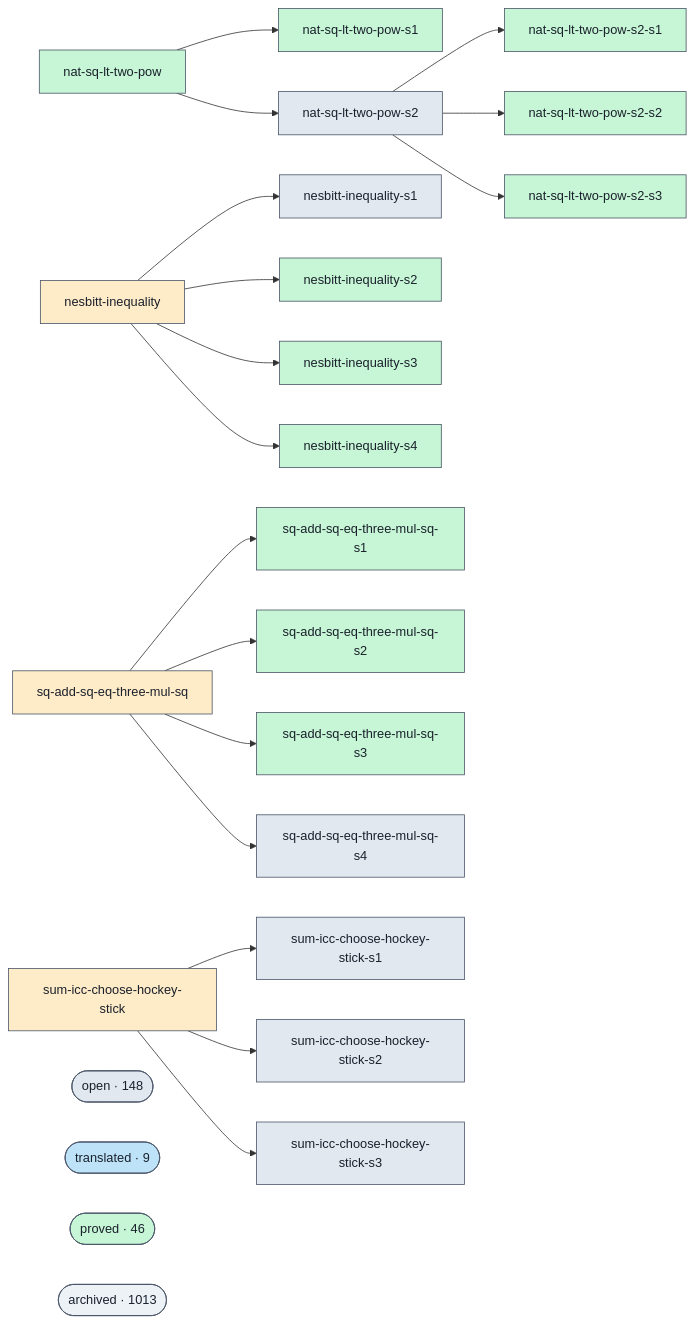
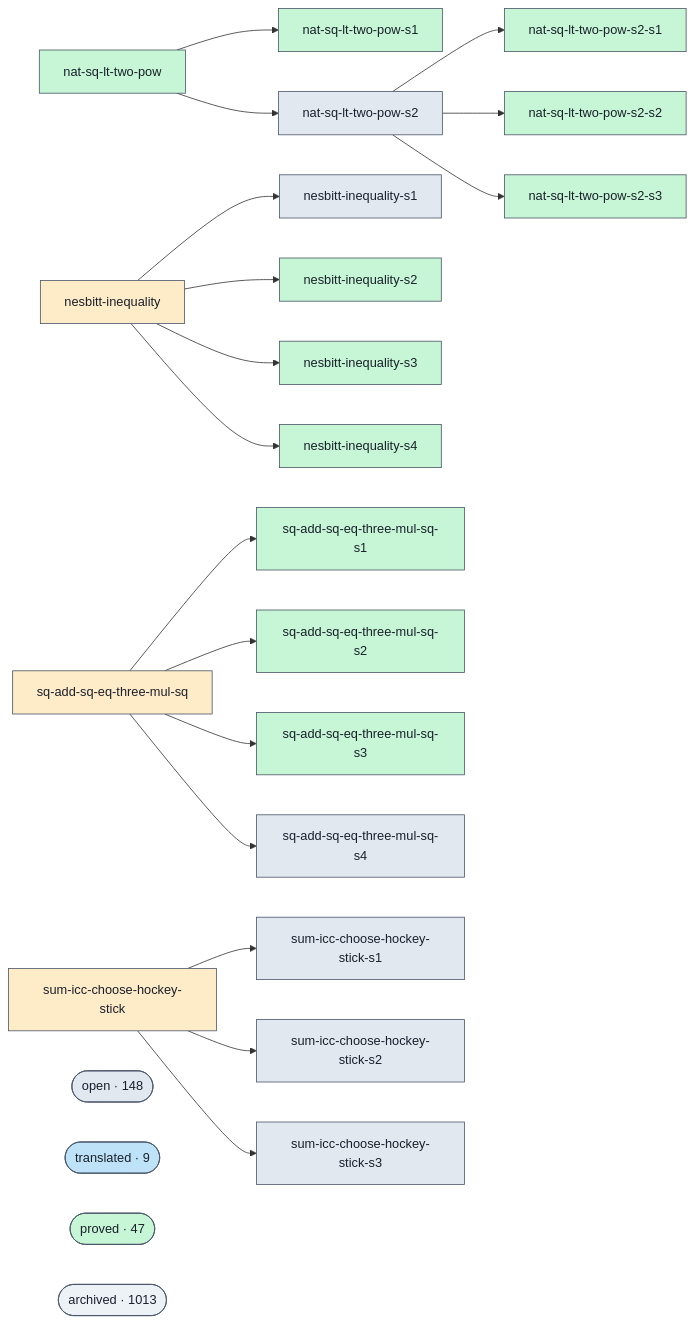
Before and after one commit to Rauxon/unsorry: the diagram in docs/proofs-contributors-visualisation.md, drawn with Mermaid. The commit also changed other lines of this file and 2 other files, not shown here.

```diff
--- a/docs/proofs-contributors-visualisation.md
+++ b/docs/proofs-contributors-visualisation.md
@@ -102,7 +102,7 @@
   class cluster_open open;
   cluster_translated(["translated · 9"])
   class cluster_translated translated;
-  cluster_proved(["proved · 46"])
+  cluster_proved(["proved · 47"])
   class cluster_proved proved;
   cluster_archived(["archived · 1013"])
   class cluster_archived unknown;
```
